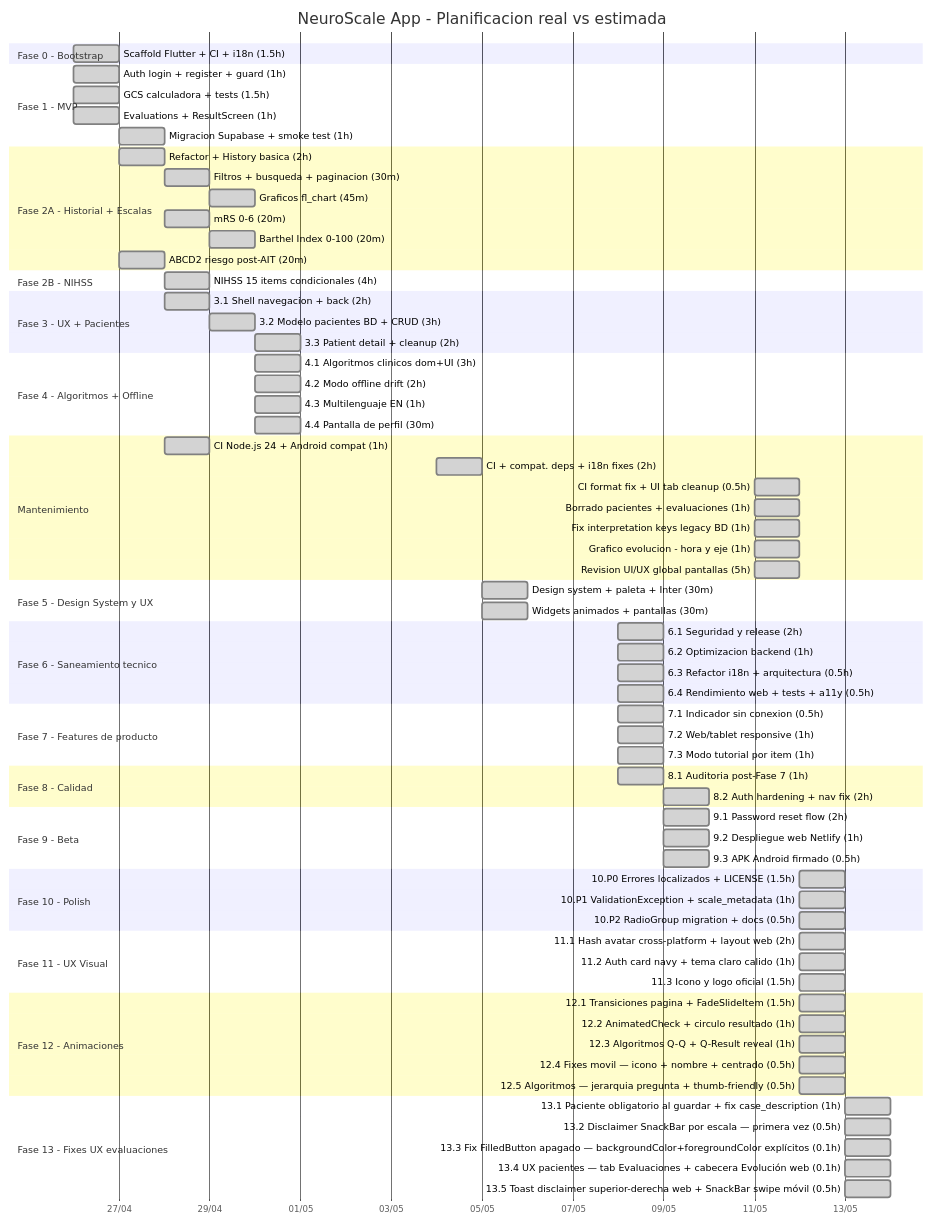
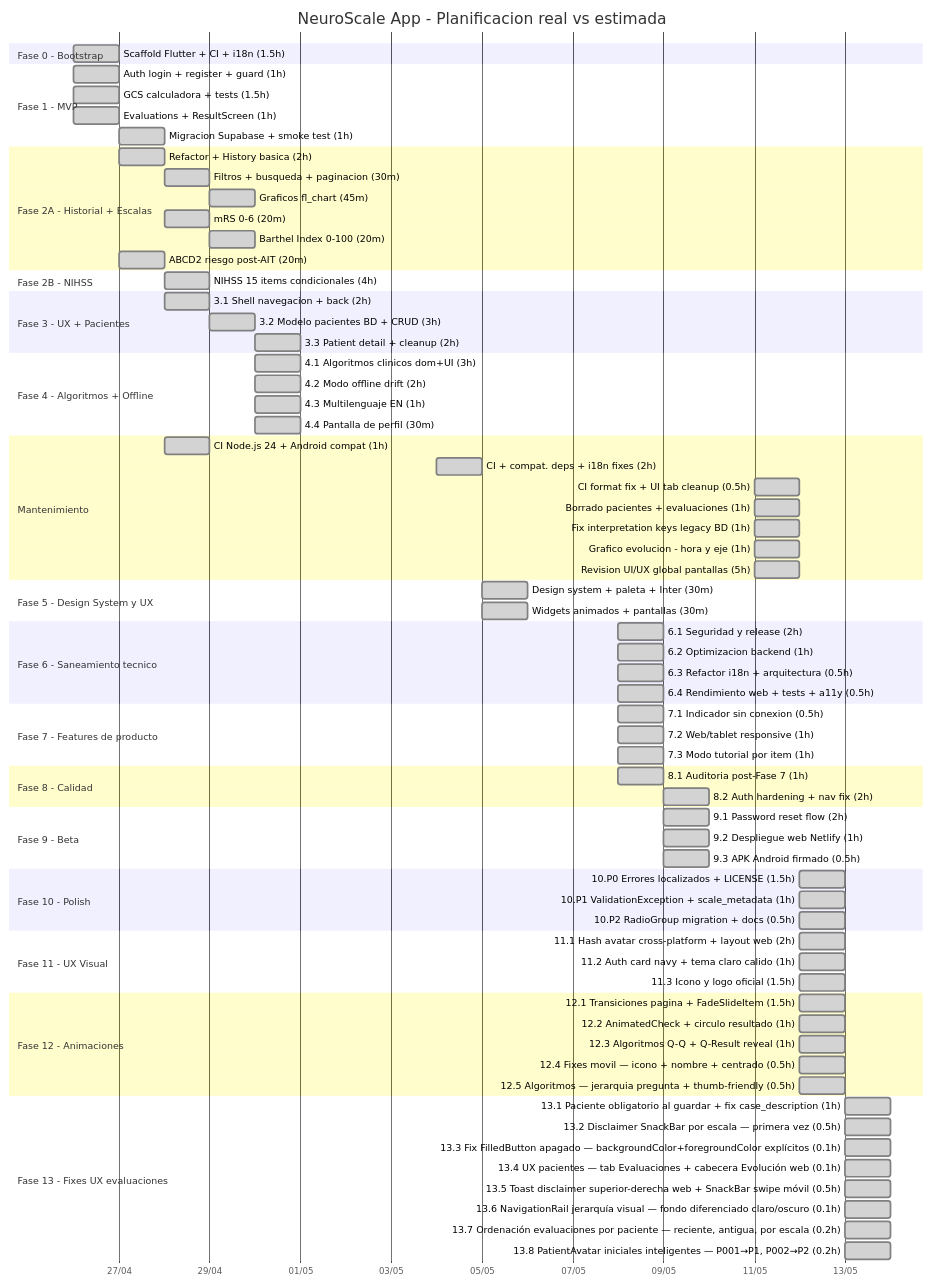
One commit to grisllo/NeuroScaleApp changed the diagram in README.md. Above: the diagram before and after it, drawn with Mermaid. The commit also changed other lines of this file and 1 other file, not shown here.

Commit message:
docs(gantt): Fase 13.6-13.8 UX rail + ordenación + avatares, ~77h

````diff
--- a/README.md
+++ b/README.md
@@ -137,4 +137,7 @@
     13.3 Fix FilledButton apagado — backgroundColor+foregroundColor explícitos (0.1h) :done, f13c, 2026-05-13, 1d
     13.4 UX pacientes — tab Evaluaciones + cabecera Evolución web (0.1h) :done, f13d, 2026-05-13, 1d
     13.5 Toast disclaimer superior-derecha web + SnackBar swipe móvil (0.5h) :done, f13e, 2026-05-13, 1d
+    13.6 NavigationRail jerarquía visual — fondo diferenciado claro/oscuro (0.1h) :done, f13f, 2026-05-13, 1d
+    13.7 Ordenación evaluaciones por paciente — reciente, antigua, por escala (0.2h) :done, f13g, 2026-05-13, 1d
+    13.8 PatientAvatar iniciales inteligentes — P001→P1, P002→P2 (0.2h) :done, f13h, 2026-05-13, 1d
 ```
````
